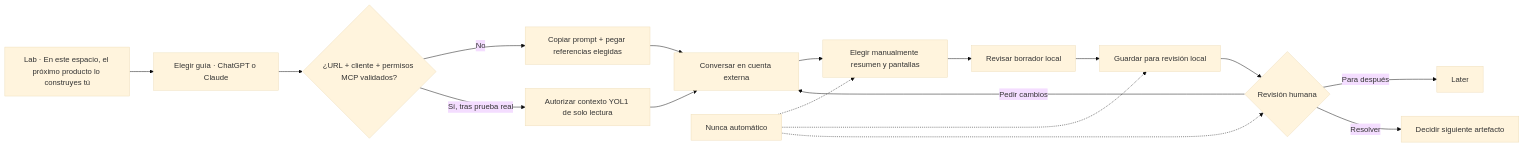
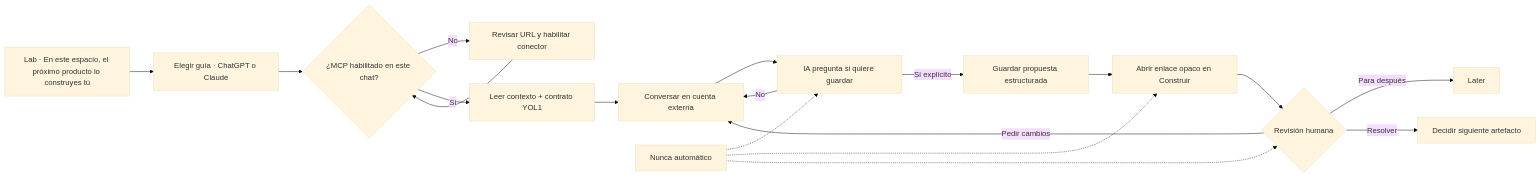
The diagram in BUILDER-FLOW-MAP.md (fpiesyol1/yol1-product-growth-lab), drawn with Mermaid (base theme) before and after one commit. The commit also changed other lines of this file and 13 other files, not shown here.

````diff
--- a/BUILDER-FLOW-MAP.md
+++ b/BUILDER-FLOW-MAP.md
@@ -7,20 +7,21 @@
 ```mermaid
 flowchart LR
   A["Lab · En este espacio, el próximo producto lo construyes tú"] --> B["Elegir guía · ChatGPT o Claude"]
-  B --> C{"¿URL + cliente + permisos MCP validados?"}
-  C -- "No" --> D["Copiar prompt + pegar referencias elegidas"]
-  C -- "Sí, tras prueba real" --> E["Autorizar contexto YOL1 de solo lectura"]
-  D --> F["Conversar en cuenta externa"]
-  E --> F
-  F --> G["Elegir manualmente resumen y pantallas"]
-  G --> H["Revisar borrador local"]
-  H --> I["Guardar para revisión local"]
+  B --> C{"¿MCP habilitado en este chat?"}
+  C -- "No" --> D["Revisar URL y habilitar conector"]
+  C -- "Sí" --> E["Leer contexto + contrato YOL1"]
+  D --> C
+  E --> F["Conversar en cuenta externa"]
+  F --> G["IA pregunta si quiere guardar"]
+  G -- "No" --> F
+  G -- "Sí explícito" --> H["Guardar propuesta estructurada"]
+  H --> I["Abrir enlace opaco en Construir"]
   I --> J{"Revisión humana"}
   J -- "Pedir cambios" --> F
   J -- "Para después" --> K["Later"]
   J -- "Resolver" --> L["Decidir siguiente artefacto"]
 
   X["Nunca automático"] -.-> G
   X -.-> I
   X -.-> J
 ```
````
